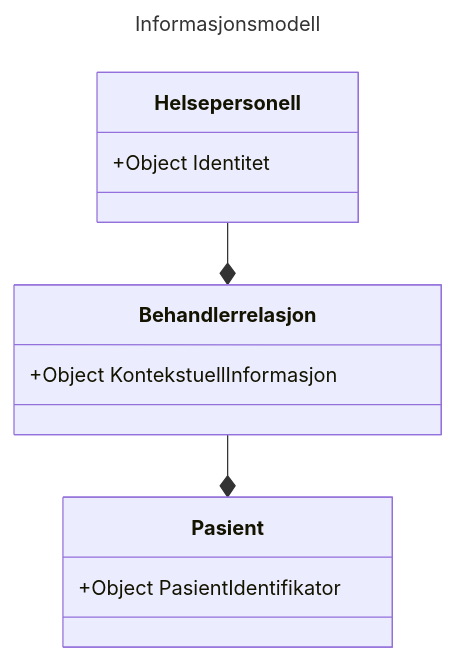
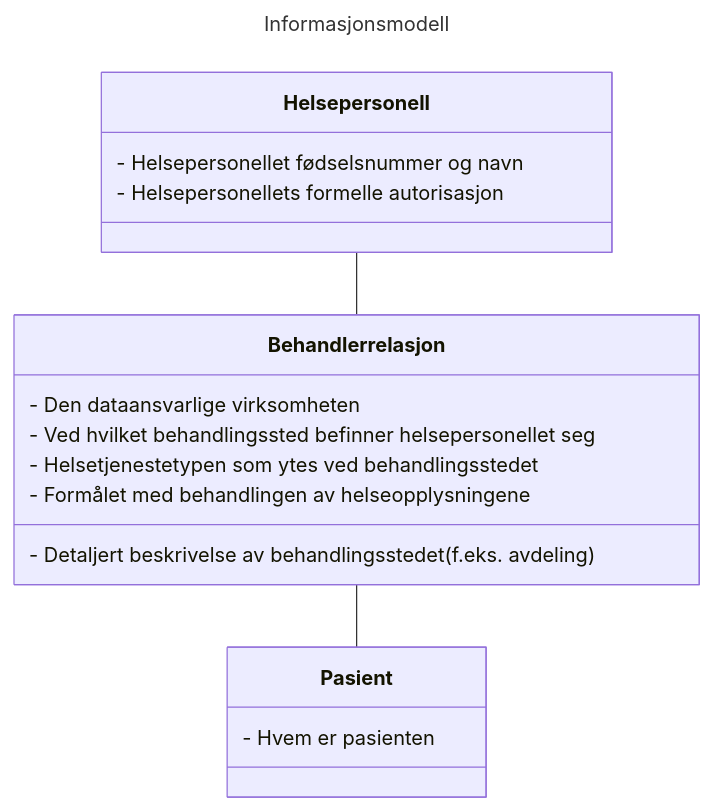
Before and after one commit to NorskHelsenett/Tillitsrammeverk: the first of 2 diagrams in specs/informasjons_og_datamodell.md, drawn with Mermaid. The commit also changed other lines of this file, not shown here.

First line of the commit message:
Oppdatering etter temamøte med feature-team

````diff
--- a/specs/informasjons_og_datamodell.md
+++ b/specs/informasjons_og_datamodell.md
@@ -108,18 +106,24 @@
 ```mermaid
 ---
 title: Informasjonsmodell
 ---
 classDiagram
-	Helsepersonell --* Behandlerrelasjon
-	Behandlerrelasjon --* Pasient
+	Helsepersonell -- Behandlerrelasjon
+	Behandlerrelasjon -- Pasient
+
     class Helsepersonell{
-	    +Object Identitet
+		- Helsepersonellet fødselsnummer og navn
+		- Helsepersonellets formelle autorisasjon
     }
     class Behandlerrelasjon{
-		+Object KontekstuellInformasjon
+		- Den dataansvarlige virksomheten
+		- Ved hvilket behandlingssted befinner helsepersonellet seg
+		- Helsetjenestetypen som ytes ved behandlingsstedet
+		- Formålet med behandlingen av helseopplysningene
+		- Detaljert beskrivelse av behandlingsstedet (f.eks. avdeling)
     }
     class Pasient{
-    		+Object PasientIdentifikator
+		- Hvem er pasienten
     }
 
 ```
````
